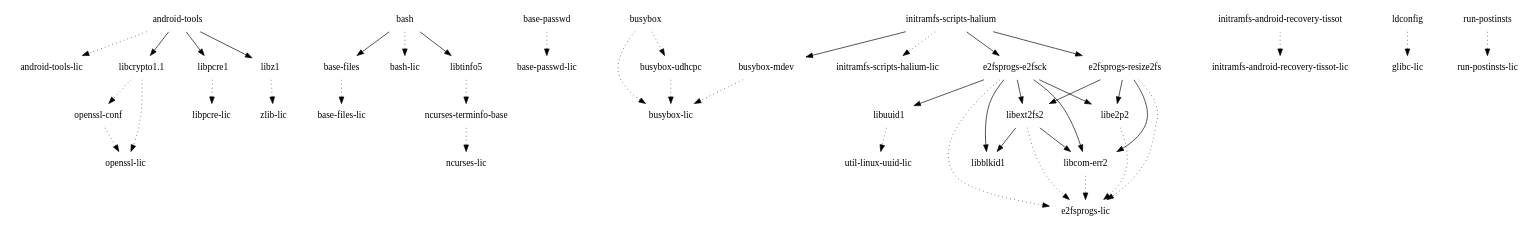
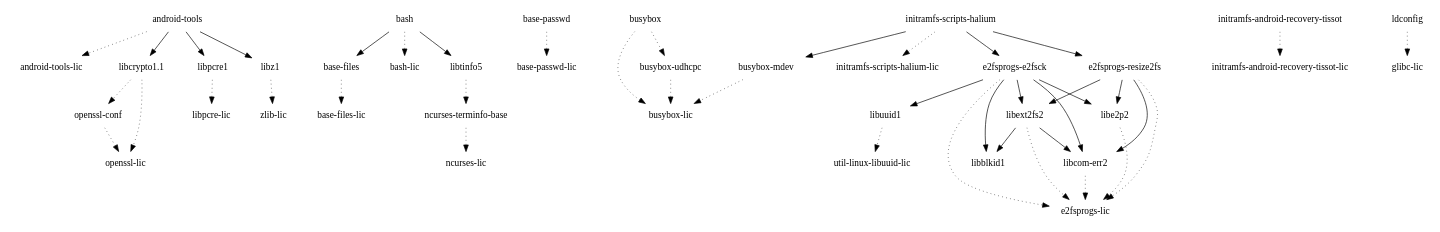
The diagram in images/tissot/glibc/initramfs-android-image/depends-nokernel-nolibc-noupdate.dot (webOS-ports/buildhistory), drawn with Graphviz before and after one commit. The commit also changed 239 other files, not shown here.

```diff
--- a/images/tissot/glibc/initramfs-android-image/depends-nokernel-nolibc-noupdate.dot
+++ b/images/tissot/glibc/initramfs-android-image/depends-nokernel-nolibc-noupdate.dot
@@ -1,46 +1,45 @@
 digraph depends {
     node [shape=plaintext]
 "android-tools" -> "android-tools-lic" [style=dotted]
 "android-tools" -> "libcrypto1.1"
 "android-tools" -> "libpcre1"
 "android-tools" -> "libz1"
 "base-files" -> "base-files-lic" [style=dotted]
 "base-passwd" -> "base-passwd-lic" [style=dotted]
 "bash" -> "base-files"
 "bash" -> "bash-lic" [style=dotted]
 "bash" -> "libtinfo5"
 "busybox" -> "busybox-lic" [style=dotted]
 "busybox" -> "busybox-udhcpc" [style=dotted]
 "busybox-mdev" -> "busybox-lic" [style=dotted]
 "busybox-udhcpc" -> "busybox-lic" [style=dotted]
 "e2fsprogs-e2fsck" -> "e2fsprogs-lic" [style=dotted]
 "e2fsprogs-e2fsck" -> "libblkid1"
 "e2fsprogs-e2fsck" -> "libcom-err2"
 "e2fsprogs-e2fsck" -> "libe2p2"
 "e2fsprogs-e2fsck" -> "libext2fs2"
 "e2fsprogs-e2fsck" -> "libuuid1"
 "e2fsprogs-resize2fs" -> "e2fsprogs-lic" [style=dotted]
 "e2fsprogs-resize2fs" -> "libcom-err2"
 "e2fsprogs-resize2fs" -> "libe2p2"
 "e2fsprogs-resize2fs" -> "libext2fs2"
 "initramfs-android-recovery-tissot" -> "initramfs-android-recovery-tissot-lic" [style=dotted]
 "initramfs-scripts-halium" -> "busybox-mdev"
 "initramfs-scripts-halium" -> "e2fsprogs-e2fsck"
 "initramfs-scripts-halium" -> "e2fsprogs-resize2fs"
 "initramfs-scripts-halium" -> "initramfs-scripts-halium-lic" [style=dotted]
 "ldconfig" -> "glibc-lic" [style=dotted]
 "libcom-err2" -> "e2fsprogs-lic" [style=dotted]
 "libcrypto1.1" -> "openssl-conf" [style=dotted]
 "libcrypto1.1" -> "openssl-lic" [style=dotted]
 "libe2p2" -> "e2fsprogs-lic" [style=dotted]
 "libext2fs2" -> "e2fsprogs-lic" [style=dotted]
 "libext2fs2" -> "libblkid1"
 "libext2fs2" -> "libcom-err2"
 "libpcre1" -> "libpcre-lic" [style=dotted]
 "libtinfo5" -> "ncurses-terminfo-base" [style=dotted]
-"libuuid1" -> "util-linux-uuid-lic" [style=dotted]
+"libuuid1" -> "util-linux-libuuid-lic" [style=dotted]
 "libz1" -> "zlib-lic" [style=dotted]
 "ncurses-terminfo-base" -> "ncurses-lic" [style=dotted]
 "openssl-conf" -> "openssl-lic" [style=dotted]
-"run-postinsts" -> "run-postinsts-lic" [style=dotted]
 }
```
